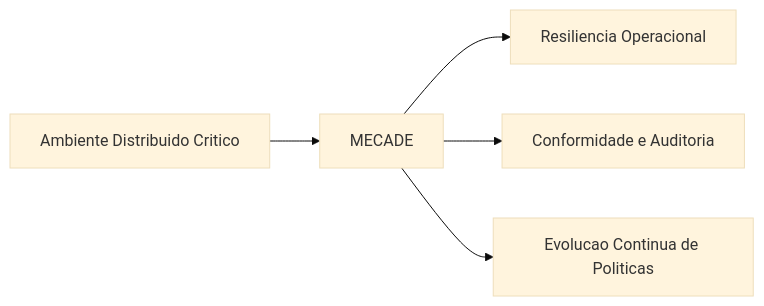
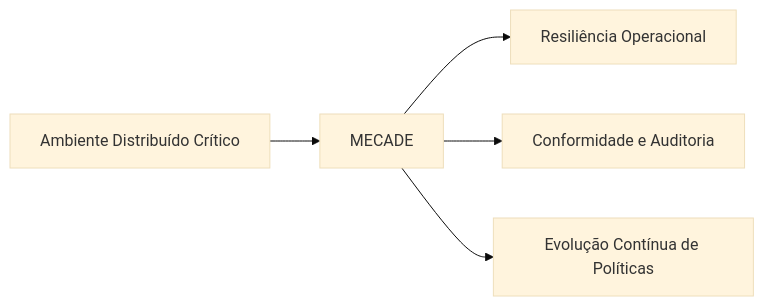
Before and after one commit to richardsonlima/mecade: the first of 8 diagrams in OVERVIEW_FRAMEWORK_MECADE.md, drawn with Mermaid (base theme). The commit also changed other lines of this file and 15 other files, not shown here.

````diff
--- a/OVERVIEW_FRAMEWORK_MECADE.md
+++ b/OVERVIEW_FRAMEWORK_MECADE.md
@@ -23,7 +46,7 @@
 ```mermaid
 flowchart LR
-  A[Ambiente Distribuido Critico] --> B[MECADE]
-  B --> C[Resiliencia Operacional]
-  B --> D[Conformidade e Auditoria]
-  B --> E[Evolucao Continua de Politicas]
+    A[Ambiente Distribuído Crítico] --> B[MECADE]
+    B --> C[Resiliência Operacional]
+    B --> D[Conformidade e Auditoria]
+    B --> E[Evolução Contínua de Políticas]
 ```
````
